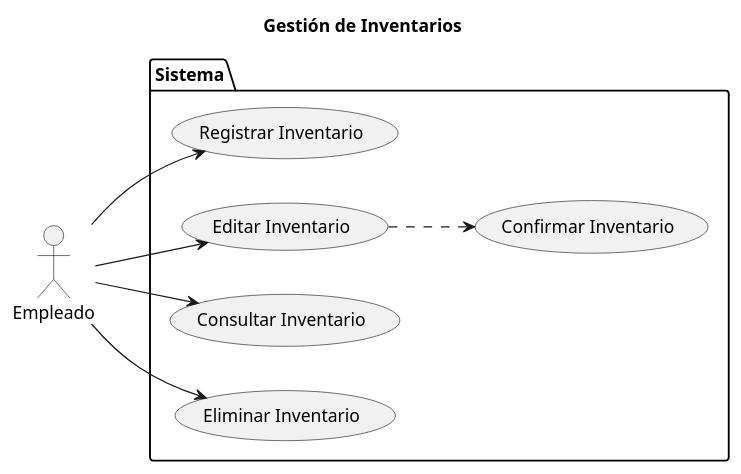
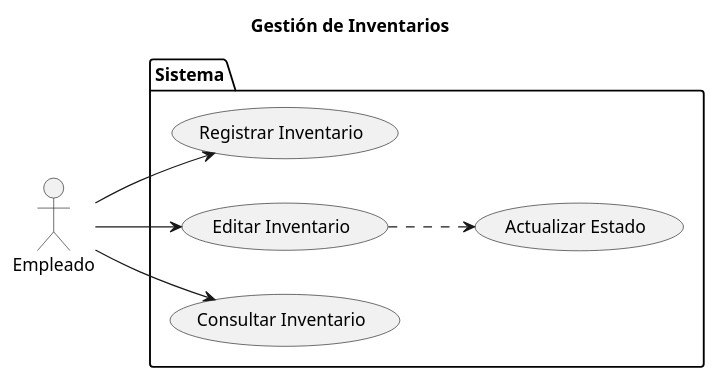
The diagram in Diagramas/caso_de_uso_Inventario.plantuml (marcelolezcanodev/GarageGuru), drawn with PlantUML before and after one commit. The commit also changed 11 other files, not shown here.

```diff
--- a/Diagramas/caso_de_uso_Inventario.plantuml
+++ b/Diagramas/caso_de_uso_Inventario.plantuml
@@ -1,25 +1,25 @@
 @startuml CU_Inventario
 
 left to right direction
 
 title Gestión de Inventarios
 
 actor Empleado as User
 
 package Sistema {
 
     USECASE "Registrar Inventario" as UC_Registrar
     USECASE "Editar Inventario" as UC_Editar
     USECASE "Consultar Inventario" as UC_Consultar
-    USECASE "Eliminar Inventario" as UC_Eliminar
-    USECASE "Confirmar Inventario" as UC_Confirmar
+    'USECASE "Eliminar Inventario" as UC_Eliminar
+    USECASE "Actualizar Estado" as UC_Confirmar
 
 }
 
 User --> UC_Registrar
 User --> UC_Editar
 User --> UC_Consultar
-User --> UC_Eliminar
+'User --> UC_Eliminar
 UC_Editar ..> UC_Confirmar
 
 @enduml
```
